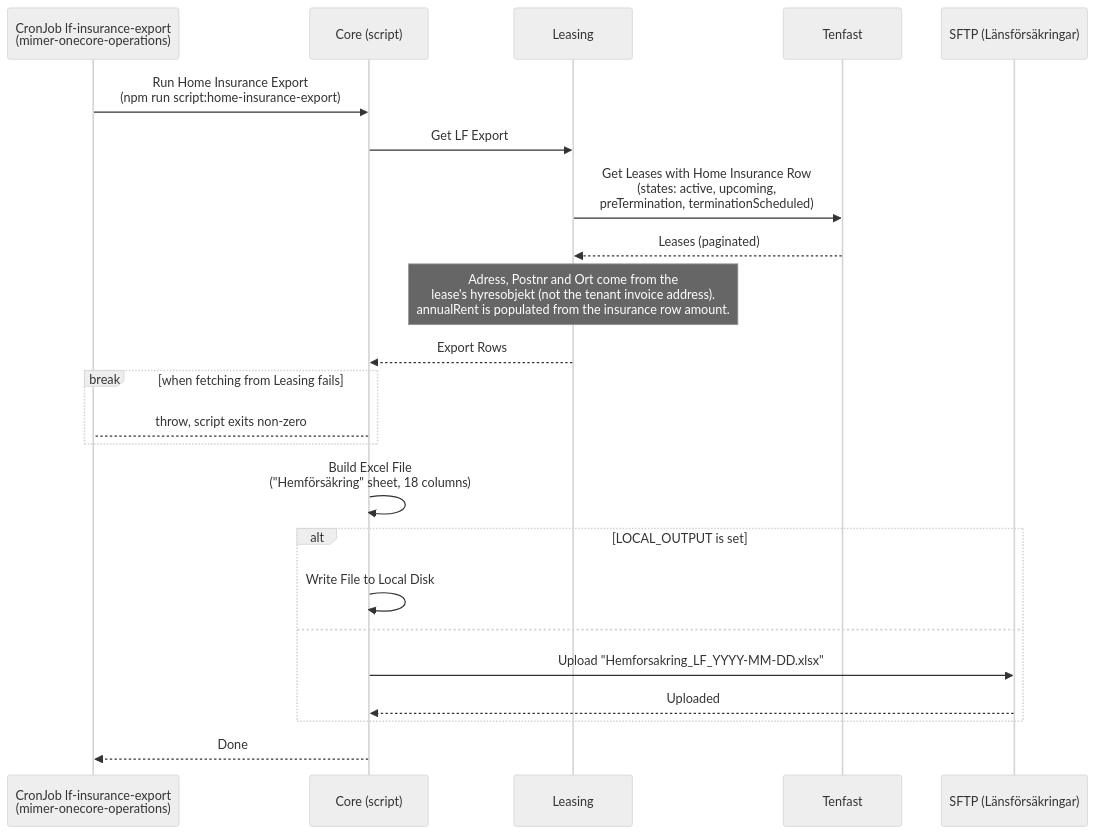
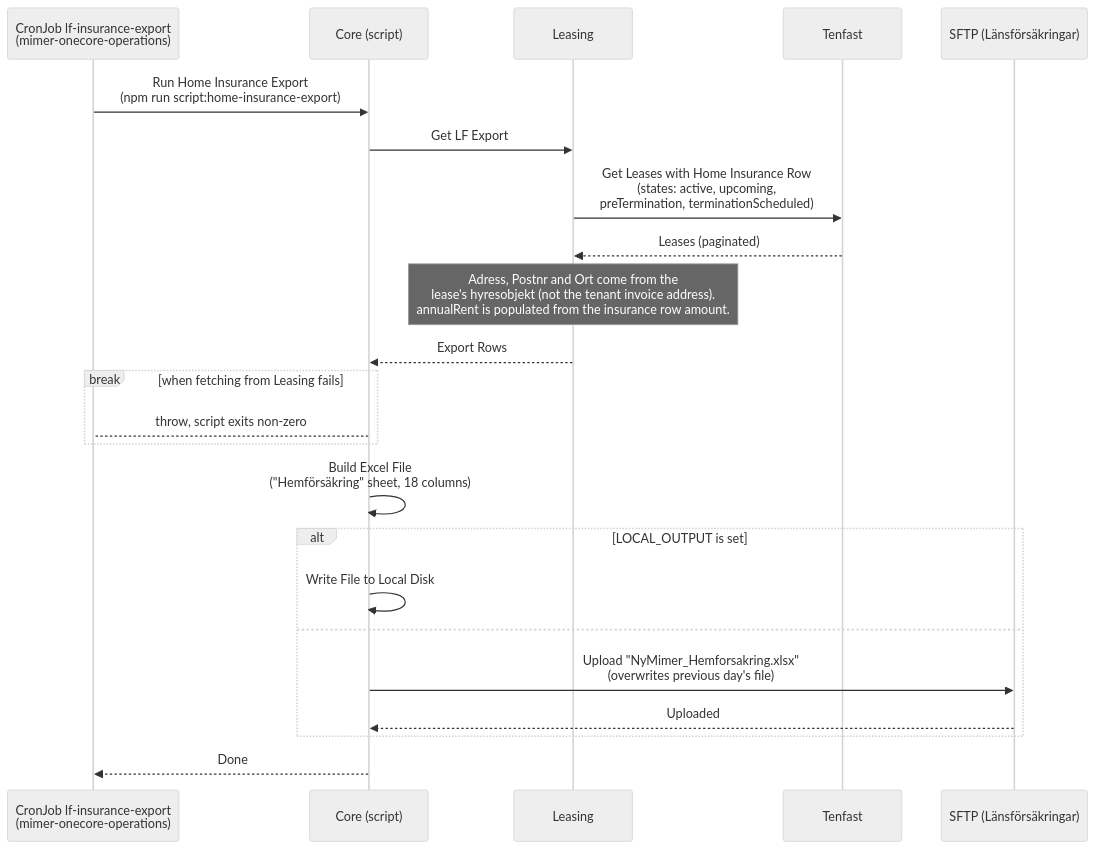
The second of 2 diagrams in core/src/processes/homeinsurance/DOCS_Export_Home_Insurance_to_Lansforsakringar.md (Bostads-AB-Mimer/onecore), drawn with Mermaid (neutral theme) before and after one commit. The commit also changed 1 other file, not shown here.

Commit message:
home-insurance-export: name LF export file NyMimer_Hemforsakring.xlsx
Länsförsäkringar expects a fixed file name. The daily upload now
replaces the previous day's file on the SFTP server.

````diff
--- a/core/src/processes/homeinsurance/DOCS_Export_Home_Insurance_to_Lansforsakringar.md
+++ b/core/src/processes/homeinsurance/DOCS_Export_Home_Insurance_to_Lansforsakringar.md
@@ -29,32 +29,32 @@
 ```mermaid
 sequenceDiagram
     participant CronJob as CronJob lf-insurance-export<br/>(mimer-onecore-operations)
     participant Core as Core (script)
     participant Leasing as Leasing
     participant Tenfast as Tenfast
     participant SFTP as SFTP (Länsförsäkringar)
 
     CronJob ->> Core: Run Home Insurance Export<br/>(npm run script:home-insurance-export)
 
     Core ->> Leasing: Get LF Export
     Leasing ->> Tenfast: Get Leases with Home Insurance Row<br/>(states: active, upcoming,<br/>preTermination, terminationScheduled)
     Tenfast -->> Leasing: Leases (paginated)
     note over Leasing: Adress, Postnr and Ort come from the<br/>lease's hyresobjekt (not the tenant invoice address).<br/>annualRent is populated from the insurance row amount.
     Leasing -->> Core: Export Rows
 
     break when fetching from Leasing fails
         Core-->CronJob: throw, script exits non-zero
     end
 
     Core ->> Core: Build Excel File<br/>("Hemförsäkring" sheet, 18 columns)
 
     alt LOCAL_OUTPUT is set
         Core ->> Core: Write File to Local Disk
     else
-        Core ->> SFTP: Upload "Hemforsakring_LF_YYYY-MM-DD.xlsx"
+        Core ->> SFTP: Upload "NyMimer_Hemforsakring.xlsx"<br/>(overwrites previous day's file)
         SFTP -->> Core: Uploaded
     end
 
     Core -->> CronJob: Done
 
 ```
````
